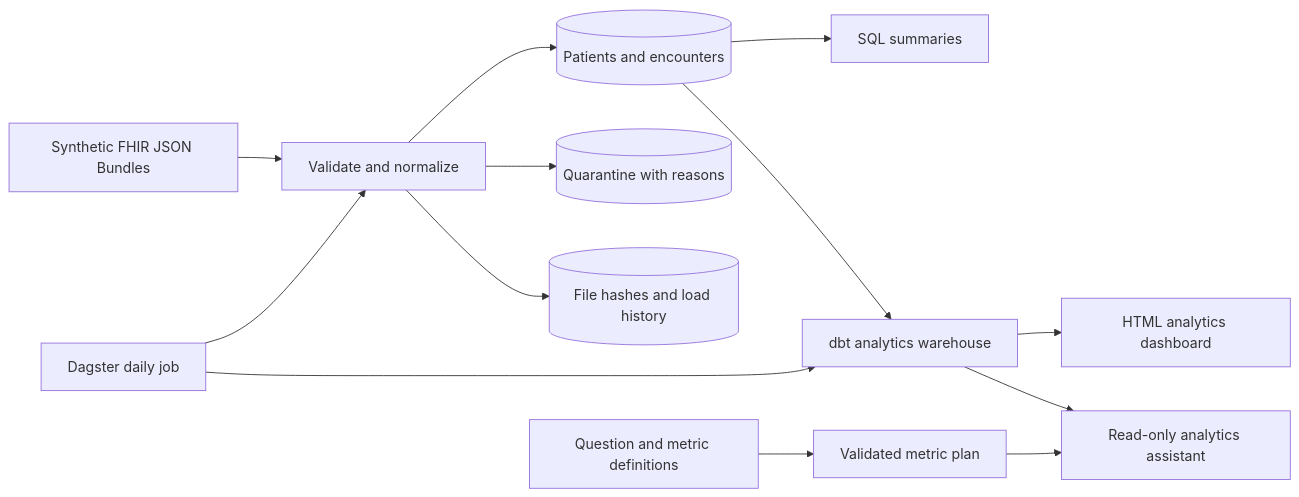
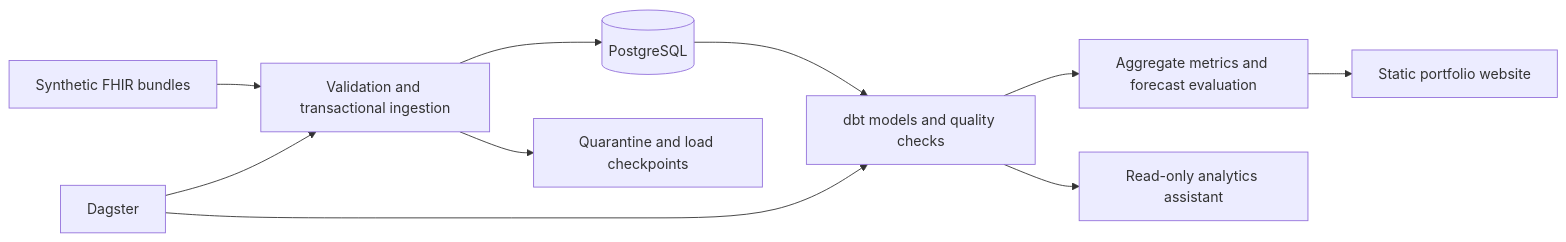
The diagram in README.md (elitay152/Careflow), drawn with Mermaid before and after one commit. The commit also changed other lines of this file and 10 other files, not shown here.

````diff
--- a/README.md
+++ b/README.md
@@ -20,15 +8,12 @@
 ```mermaid
 flowchart LR
-    A[Synthetic FHIR JSON Bundles] --> B[Validate and normalize]
-    B --> C[(Patients and encounters)]
-    B --> D[(Quarantine with reasons)]
-    B --> E[(File hashes and load history)]
-    C --> F[SQL summaries]
-    C --> G[dbt analytics warehouse]
-    G --> I[HTML analytics dashboard]
-    G --> H[Read-only analytics assistant]
-    K[Question and metric definitions] --> L[Validated metric plan]
-    L --> H
-    J[Dagster daily job] --> B
-    J --> G
+    A[Synthetic FHIR bundles] --> B[Validation and transactional ingestion]
+    B --> C[(PostgreSQL)]
+    B --> D[Quarantine and load checkpoints]
+    C --> E[dbt models and quality checks]
+    E --> F[Aggregate metrics and forecast evaluation]
+    F --> G[Static portfolio website]
+    E --> H[Read-only analytics assistant]
+    I[Dagster] --> B
+    I --> E
 ```
````
